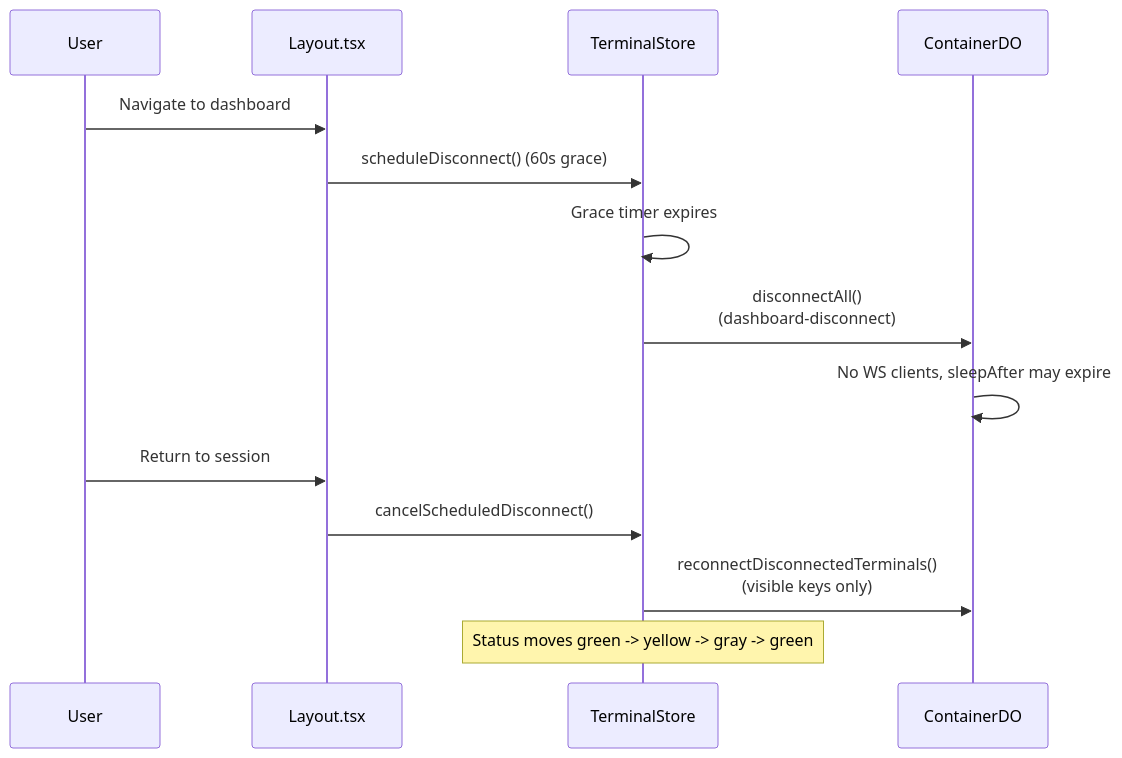
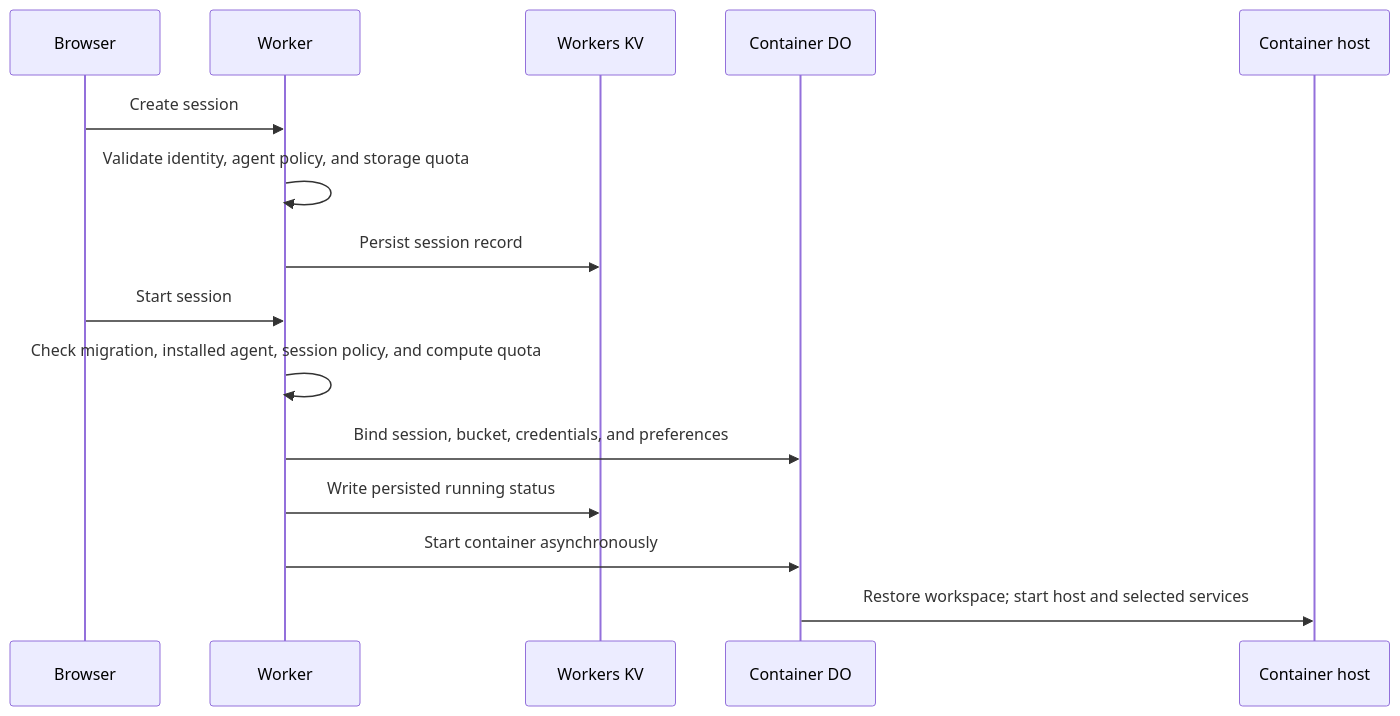
One commit to nikolanovoselec/codeflare changed the second of 10 diagrams in documentation/lanes/architecture.md. Above: the diagram before and after it, drawn with Mermaid. The commit also changed other lines of this file and 360 other files, not shown here.

First line of the commit message:
Promote Browser IDE, agent recovery, and runtime hardening (#902)

````diff
--- a/documentation/lanes/architecture.md
+++ b/documentation/lanes/architecture.md
@@ -429,16 +408,17 @@
 ```mermaid
 sequenceDiagram
-    participant U as User
-    participant L as Layout.tsx
-    participant TS as TerminalStore
-    participant DO as ContainerDO
-    U->>L: Navigate to dashboard
-    L->>TS: scheduleDisconnect() (60s grace)
-    TS->>TS: Grace timer expires
-    TS->>DO: disconnectAll()<br/>(dashboard-disconnect)
-    DO->>DO: No WS clients, sleepAfter may expire
-    U->>L: Return to session
-    L->>TS: cancelScheduledDisconnect()
-    TS->>DO: reconnectDisconnectedTerminals()<br/>(visible keys only)
-    Note over TS: Status moves green -> yellow -> gray -> green
+    participant U as Browser
+    participant W as Worker
+    participant KV as Workers KV
+    participant DO as Container DO
+    participant C as Container host
+    U->>W: Create session
+    W->>W: Validate identity, agent policy, and storage quota
+    W->>KV: Persist session record
+    U->>W: Start session
+    W->>W: Check migration, installed agent, session policy, and compute quota
+    W->>DO: Bind session, bucket, credentials, and preferences
+    W->>KV: Write persisted running status
+    W->>DO: Start container asynchronously
+    DO->>C: Restore workspace#59; start host and selected services
 ```
````
